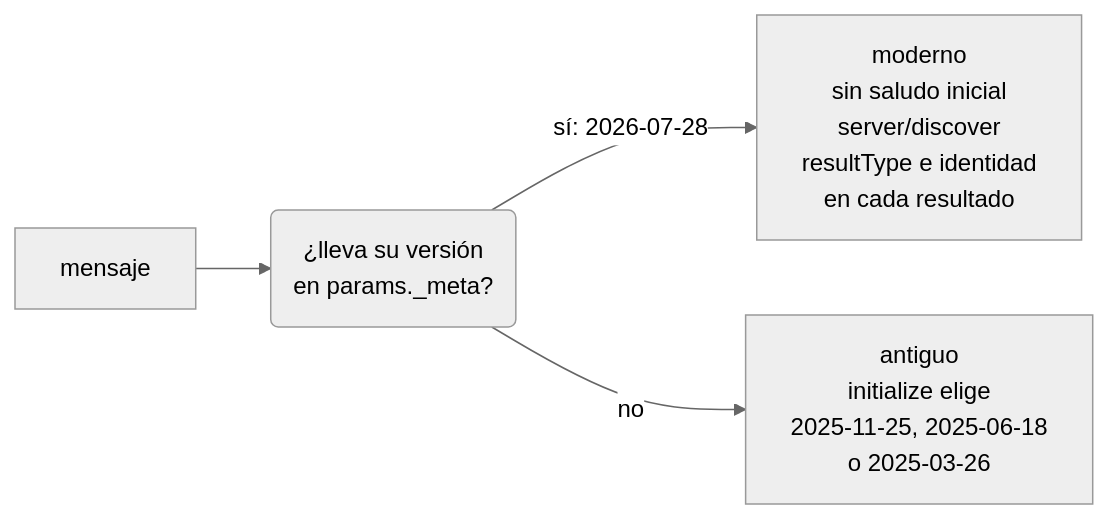
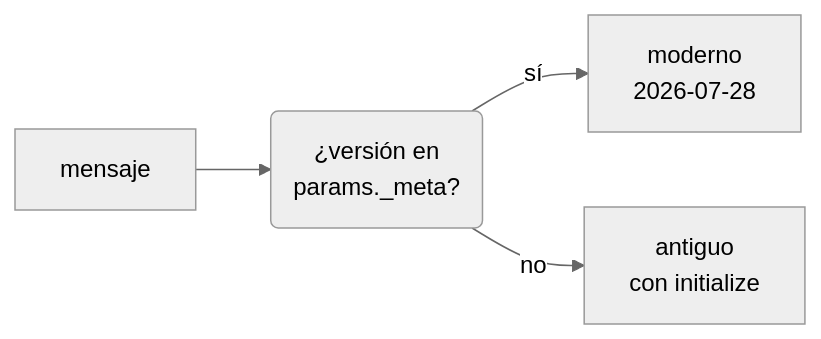
The seventh of 7 diagrams in README.md (FlorinTodor/radar-es), drawn with Mermaid (neutral theme) before and after one commit. The commit also changed other lines of this file, not shown here.

Commit message:
README: diagramas con líneas de 14 caracteres como mucho (GitHub dibuja todas las cajas del mismo ancho y recortaba las líneas largas); qué comprueba cada paso del MCP, en una lista, y las dos generaciones del protocolo, en una tabla

````diff
--- a/README.md
+++ b/README.md
@@ -492,6 +504,6 @@
 ```mermaid
 flowchart LR
-  m["mensaje"] --> v("¿lleva su versión<br/>en params._meta?")
-  v -->|"sí: 2026-07-28"| moderno["moderno<br/>sin saludo inicial<br/>server/discover<br/>resultType e identidad<br/>en cada resultado"]
-  v -->|"no"| antiguo["antiguo<br/>initialize elige<br/>2025-11-25, 2025-06-18<br/>o 2025-03-26"]
+  m["mensaje"] --> v("¿versión en<br/>params._meta?")
+  v -->|"sí"| moderno["moderno<br/>2026-07-28"]
+  v -->|"no"| antiguo["antiguo<br/>con initialize"]
 ```
````
